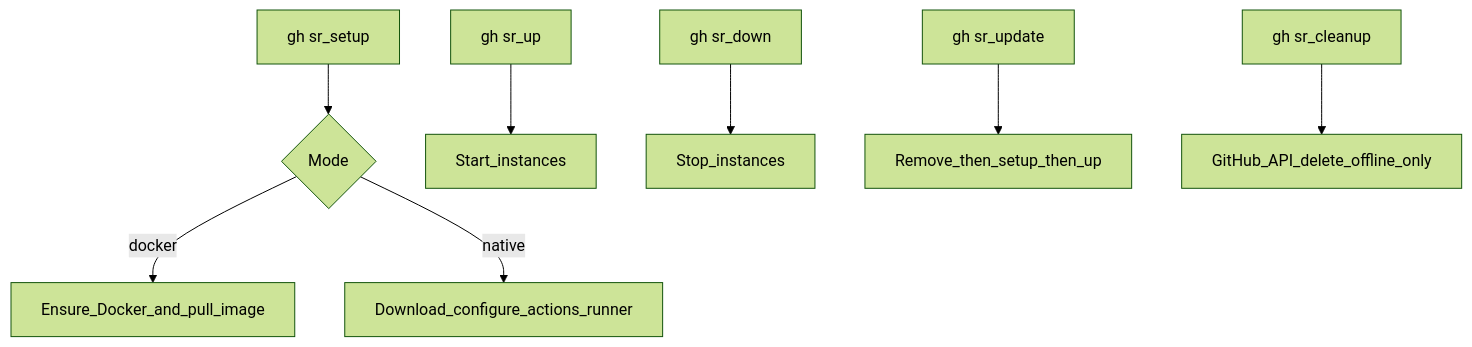
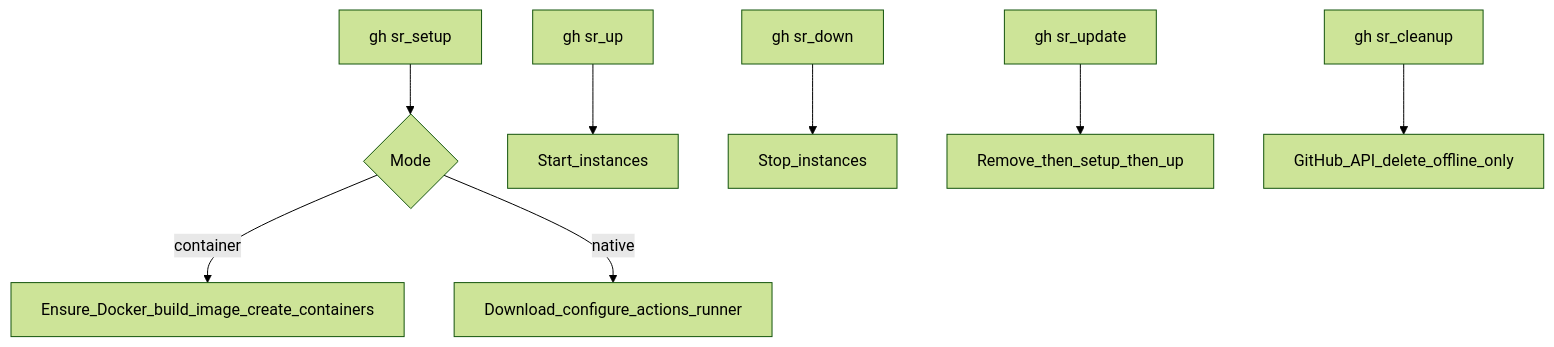
One commit to baizhiheizi/gh-sr changed the fourth of 5 diagrams in docs/content/architecture.md. Above: the diagram before and after it, drawn with Mermaid (forest theme). The commit also changed other lines of this file and 7 other files, not shown here.

First line of the commit message:
Align gh sr doctor with container-mode agentic runners.

````diff
--- a/docs/content/architecture.md
+++ b/docs/content/architecture.md
@@ -97,10 +91,10 @@
 ```mermaid
 flowchart TD
   setup[gh sr_setup] --> mode{Mode}
-  mode -->|docker| dock[Ensure_Docker_and_pull_image]
+  mode -->|container| dock[Ensure_Docker_build_image_create_containers]
   mode -->|native| nat[Download_configure_actions_runner]
   up[gh sr_up] --> start[Start_instances]
   down[gh sr_down] --> stop[Stop_instances]
   update[gh sr_update] --> remove[Remove_then_setup_then_up]
   cleanup[gh sr_cleanup] --> api[GitHub_API_delete_offline_only]
 ```
````
